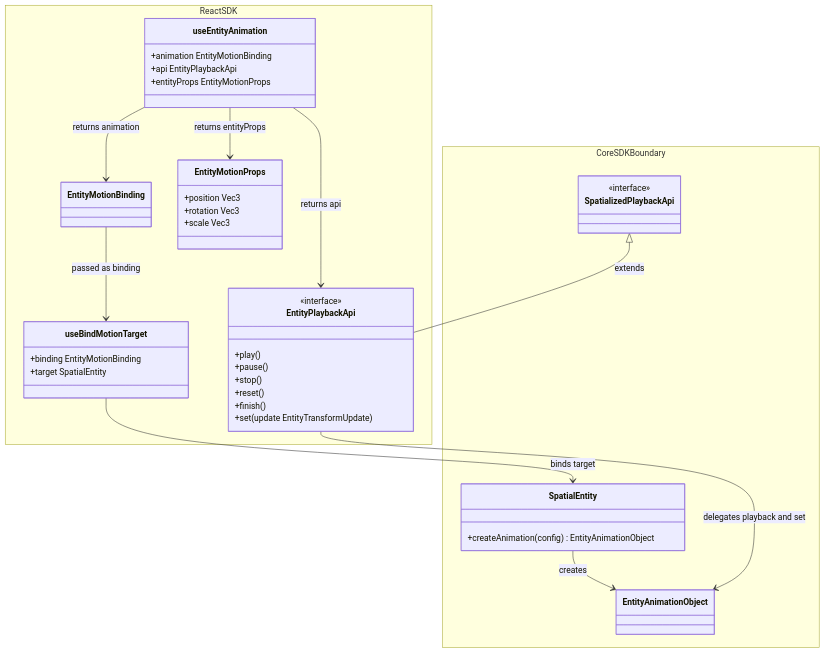
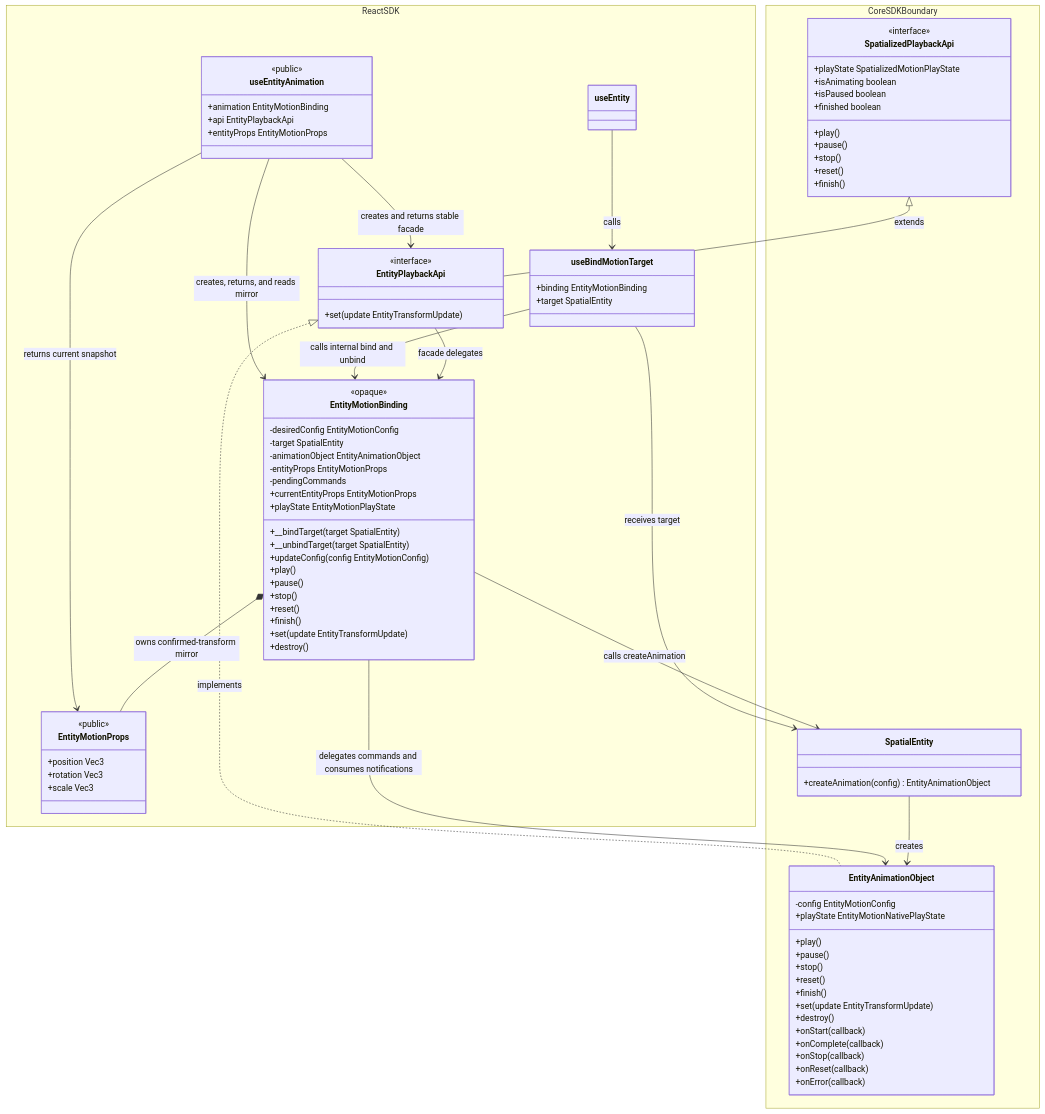
The fifth of 14 diagrams in openspec/changes/redesign-entity-motion-api/design.md (webspatial/webspatial-sdk), drawn with Mermaid before and after one commit. The commit also changed other lines of this file and 1 other file, not shown here.

Commit message:
docs: clarify entity motion React object roles

````diff
--- a/openspec/changes/redesign-entity-motion-api/design.md
+++ b/openspec/changes/redesign-entity-motion-api/design.md
@@ -438,25 +459,43 @@
 classDiagram
     namespace ReactSDK {
         class useEntityAnimation {
+            <<public>>
             +animation EntityMotionBinding
             +api EntityPlaybackApi
             +entityProps EntityMotionProps
         }
         class EntityPlaybackApi {
             <<interface>>
+            <<public>>
+            +set(update EntityTransformUpdate)
+        }
+        class EntityMotionBinding {
+            <<opaque>>
+            -desiredConfig EntityMotionConfig
+            -target SpatialEntity
+            -animationObject EntityAnimationObject
+            -entityProps EntityMotionProps
+            -pendingCommands
+            +currentEntityProps EntityMotionProps
+            +playState EntityMotionPlayState
+            +__bindTarget(target SpatialEntity)
+            +__unbindTarget(target SpatialEntity)
+            +updateConfig(config EntityMotionConfig)
             +play()
             +pause()
             +stop()
             +reset()
             +finish()
             +set(update EntityTransformUpdate)
+            +destroy()
         }
-        class EntityMotionBinding
         class EntityMotionProps {
+            <<public>>
             +position Vec3
             +rotation Vec3
             +scale Vec3
         }
+        class useEntity
         class useBindMotionTarget {
             +binding EntityMotionBinding
             +target SpatialEntity
@@ -465,18 +504,47 @@
     namespace CoreSDKBoundary {
         class SpatializedPlaybackApi {
             <<interface>>
+            +play()
+            +pause()
+            +stop()
+            +reset()
+            +finish()
+            +playState SpatializedMotionPlayState
+            +isAnimating boolean
+            +isPaused boolean
+            +finished boolean
         }
         class SpatialEntity {
             +createAnimation(config) EntityAnimationObject
         }
-        class EntityAnimationObject
+        class EntityAnimationObject {
+            -config EntityMotionConfig
+            +playState EntityMotionNativePlayState
+            +play()
+            +pause()
+            +stop()
+            +reset()
+            +finish()
+            +set(update EntityTransformUpdate)
+            +destroy()
+            +onStart(callback)
+            +onComplete(callback)
+            +onStop(callback)
+            +onReset(callback)
+            +onError(callback)
+        }
     }
-    useEntityAnimation --> EntityMotionBinding : returns animation
-    useEntityAnimation --> EntityPlaybackApi : returns api
-    useEntityAnimation --> EntityMotionProps : returns entityProps
-    EntityMotionBinding --> useBindMotionTarget : passed as binding
-    useBindMotionTarget --> SpatialEntity : binds target
+    useEntityAnimation --> EntityMotionBinding : creates, returns, and reads mirror
+    useEntityAnimation --> EntityPlaybackApi : creates and returns stable facade
+    useEntityAnimation --> EntityMotionProps : returns current snapshot
+    EntityMotionBinding *-- EntityMotionProps : owns confirmed-transform mirror
+    useEntity --> useBindMotionTarget : calls
+    useBindMotionTarget --> EntityMotionBinding : calls internal bind and unbind
+    useBindMotionTarget --> SpatialEntity : receives target
     SpatializedPlaybackApi <|-- EntityPlaybackApi : extends
+    EntityPlaybackApi <|.. EntityAnimationObject : implements
+    EntityPlaybackApi --> EntityMotionBinding : facade delegates
+    EntityMotionBinding --> SpatialEntity : calls createAnimation
+    EntityMotionBinding --> EntityAnimationObject : delegates commands and consumes notifications
     SpatialEntity --> EntityAnimationObject : creates
-    EntityPlaybackApi --> EntityAnimationObject : delegates playback and set
 ```
````
